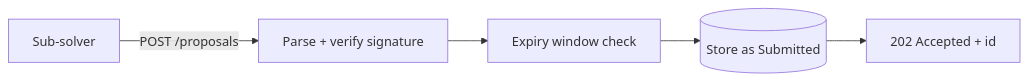
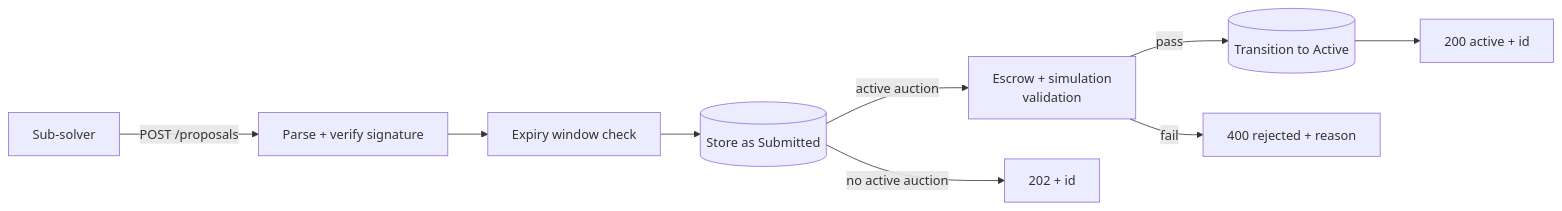
Before and after one commit to bleu/byos-docs: the first of 3 diagrams in service.md, drawn with Mermaid. The commit also changed other lines of this file and 1 other file, not shown here.

````diff
--- a/service.md
+++ b/service.md
@@ -22,7 +22,11 @@
 ```mermaid
 flowchart LR
     SS[Sub-solver] -->|POST /proposals| PR[Parse + verify signature]
     PR --> EX[Expiry window check]
     EX --> DB[(Store as Submitted)]
-    DB --> R[202 Accepted + id]
+    DB -->|active auction| V[Escrow + simulation\nvalidation]
+    V -->|pass| ACT[(Transition to Active)]
+    ACT --> R200[200 active + id]
+    V -->|fail| R400[400 rejected + reason]
+    DB -->|no active auction| R202[202 + id]
 ```
````
